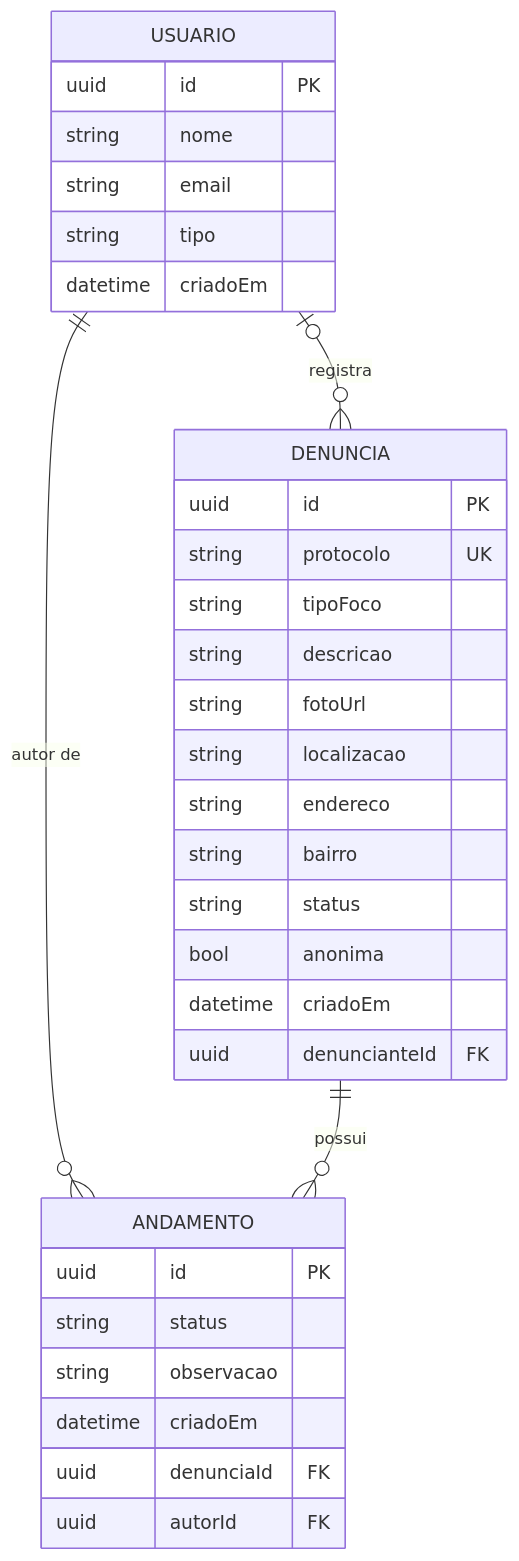
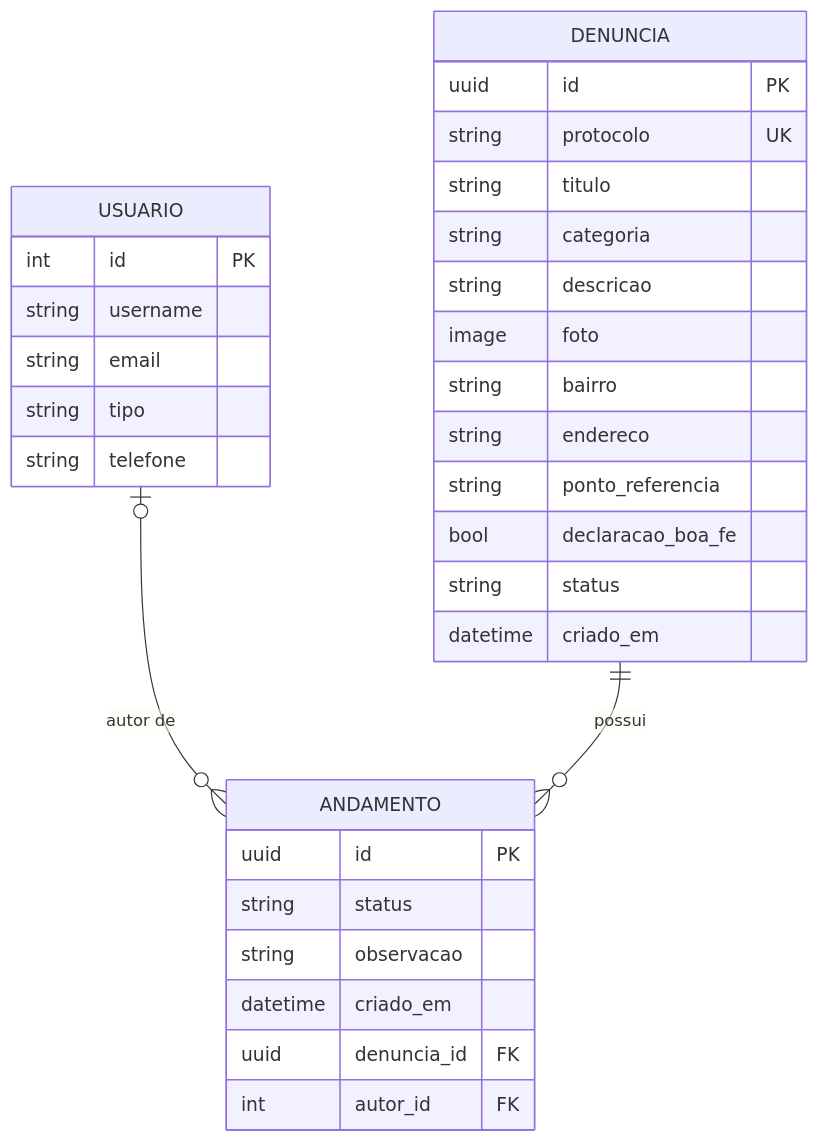
One commit to joaocarloss112/ContraVetores changed the second of 2 diagrams in README.md. Above: the diagram before and after it, drawn with Mermaid. The commit also changed other lines of this file and 11 other files, not shown here.

````diff
--- a/README.md
+++ b/README.md
@@ -55,35 +116,34 @@
 ```mermaid
 erDiagram
-    USUARIO |o--o{ DENUNCIA : "registra"
-    USUARIO ||--o{ ANDAMENTO : "autor de"
+    USUARIO |o--o{ ANDAMENTO : "autor de"
     DENUNCIA ||--o{ ANDAMENTO : "possui"
     USUARIO {
-        uuid id PK
-        string nome
+        int id PK
+        string username
         string email
         string tipo
-        datetime criadoEm
+        string telefone
     }
     DENUNCIA {
         uuid id PK
         string protocolo UK
-        string tipoFoco
+        string titulo
+        string categoria
         string descricao
-        string fotoUrl
-        string localizacao
+        image foto
+        string bairro
         string endereco
-        string bairro
+        string ponto_referencia
+        bool declaracao_boa_fe
         string status
-        bool anonima
-        datetime criadoEm
-        uuid denuncianteId FK
+        datetime criado_em
     }
     ANDAMENTO {
         uuid id PK
         string status
         string observacao
-        datetime criadoEm
-        uuid denunciaId FK
-        uuid autorId FK
+        datetime criado_em
+        uuid denuncia_id FK
+        int autor_id FK
     }
 ```
````
